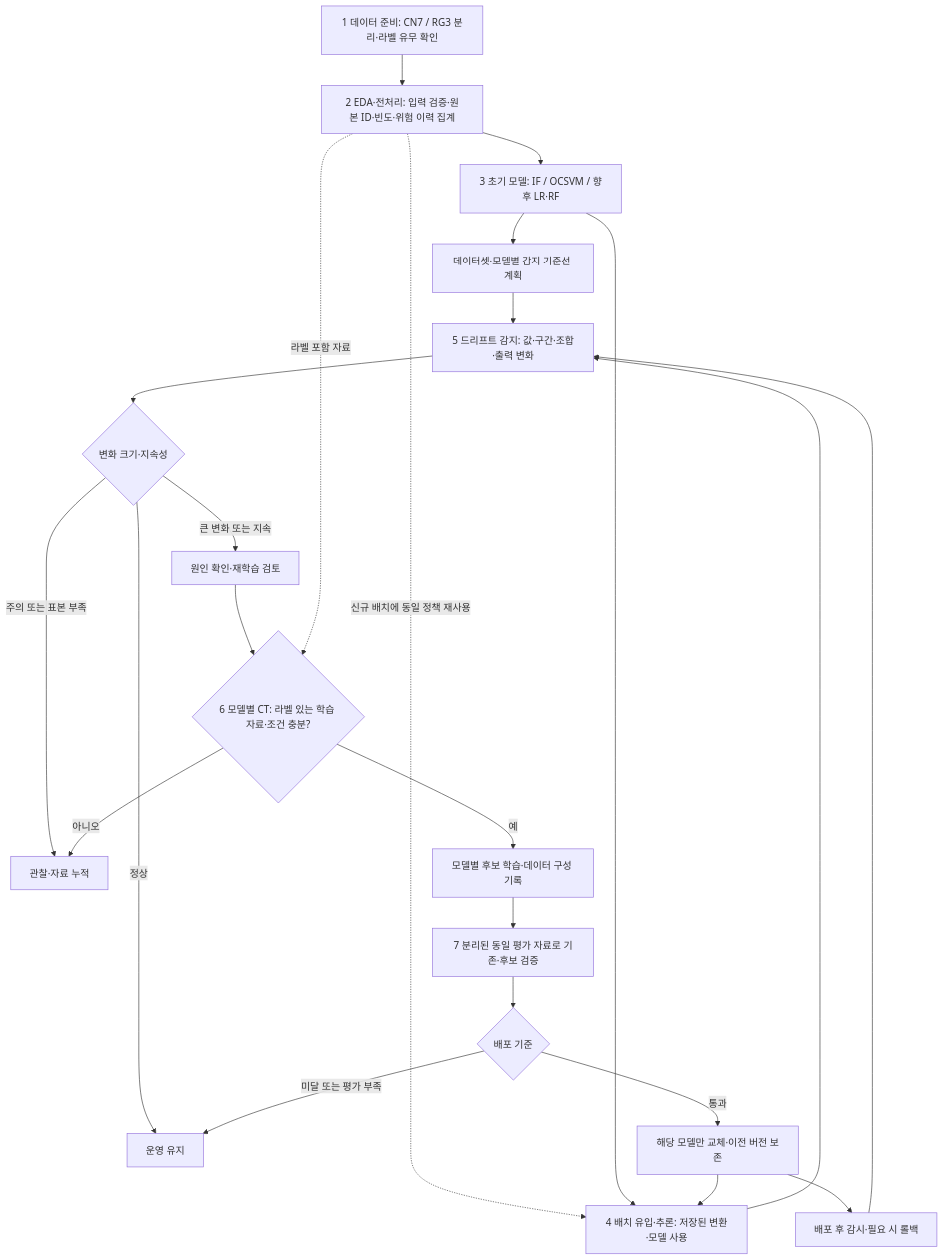
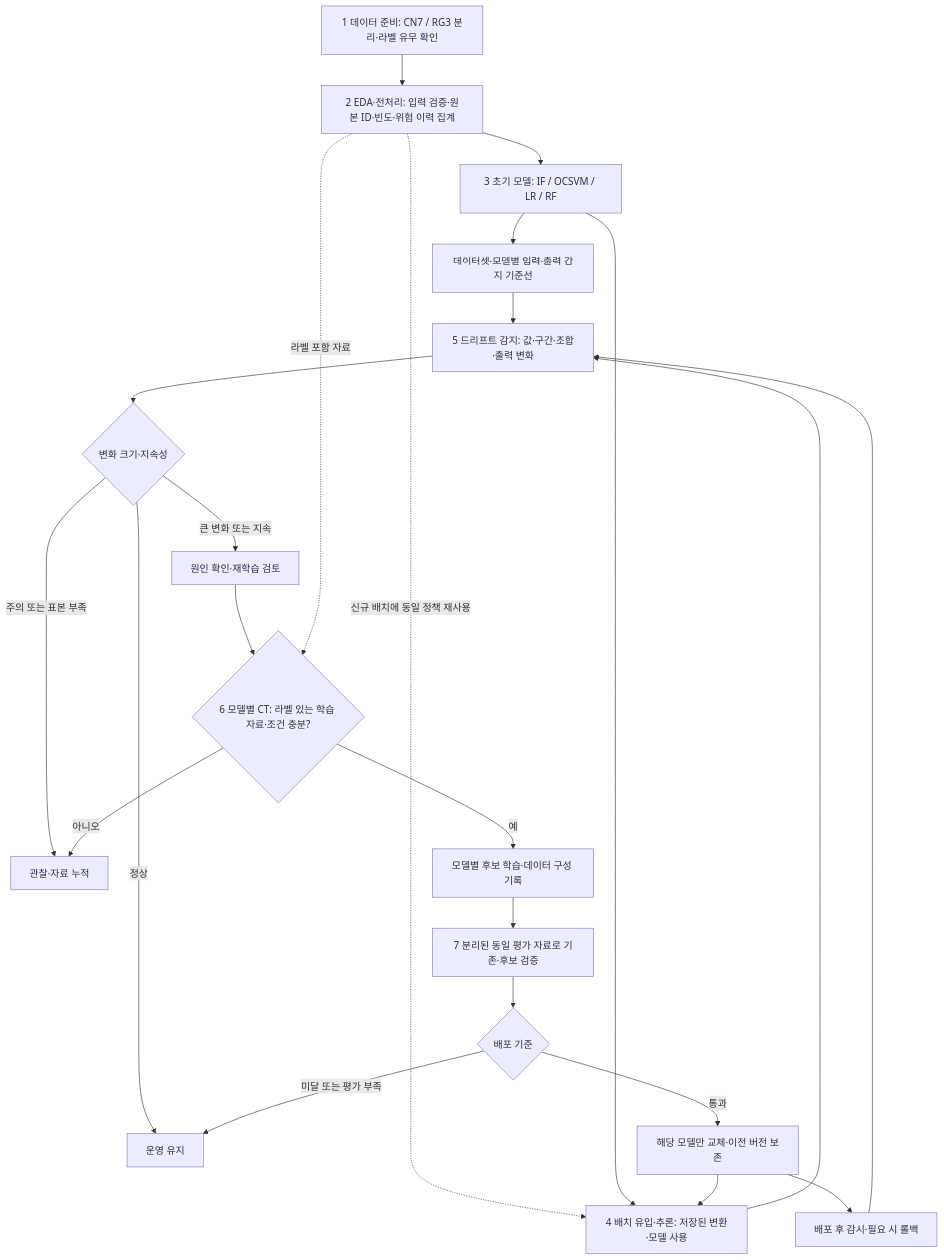
Before and after one commit to SeokHwanHong/26KAMP: the diagram in 03.modeling/common/CN7_RG3_CI_CT_CD_전체구조.md, drawn with Mermaid. The commit also changed other lines of this file and 122 other files, not shown here.

````diff
--- a/03.modeling/common/CN7_RG3_CI_CT_CD_전체구조.md
+++ b/03.modeling/common/CN7_RG3_CI_CT_CD_전체구조.md
@@ -9,25 +11,25 @@
 ```mermaid
 flowchart TD
     A[1 데이터 준비: CN7 / RG3 분리·라벨 유무 확인] --> B[2 EDA·전처리: 입력 검증·원본 ID·빈도·위험 이력 집계]
-    B --> C[3 초기 모델: IF / OCSVM / 향후 LR·RF]
-    C --> BASE[데이터셋·모델별 감지 기준선 계획]
+    B --> C[3 초기 모델: IF / OCSVM / LR / RF]
+    C --> BASE[데이터셋·모델별 입력·출력 감지 기준선]
     B -. 신규 배치에 동일 정책 재사용 .-> D[4 배치 유입·추론: 저장된 변환·모델 사용]
     C --> D
     D --> E[5 드리프트 감지: 값·구간·조합·출력 변화]
     BASE --> E
     E --> S{변화 크기·지속성}
     S -->|정상| KEEP[운영 유지]
     S -->|주의 또는 표본 부족| WAIT[관찰·자료 누적]
     S -->|큰 변화 또는 지속| R[원인 확인·재학습 검토]
     R --> G{6 모델별 CT: 라벨 있는 학습 자료·조건 충분?}
     B -. 라벨 포함 자료 .-> G
     G -->|아니오| WAIT
     G -->|예| T[모델별 후보 학습·데이터 구성 기록]
     T --> V[7 분리된 동일 평가 자료로 기존·후보 검증]
     V --> Q{배포 기준}
     Q -->|미달 또는 평가 부족| KEEP
     Q -->|통과| DEP[해당 모델만 교체·이전 버전 보존]
     DEP --> D
     DEP --> POST[배포 후 감시·필요 시 롤백]
     POST --> E
 ```
````
